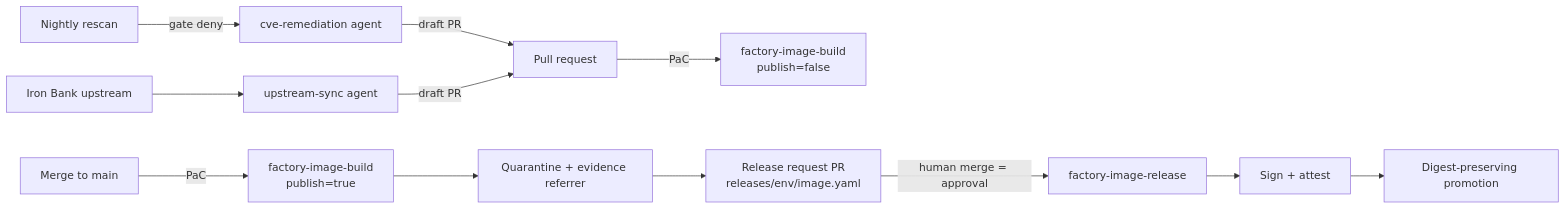
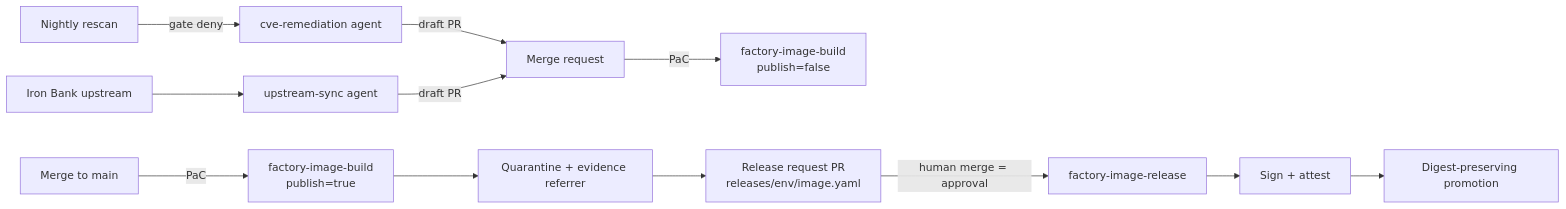
The diagram in README.md (shamuraix/image-hardening-factory-starter), drawn with Mermaid before and after one commit. The commit also changed other lines of this file and 44 other files, not shown here.

````diff
--- a/README.md
+++ b/README.md
@@ -20,11 +21,11 @@
 ```mermaid
 flowchart LR
-    PR[Pull request] -->|PaC| Build[factory-image-build<br/>publish=false]
+    PR[Merge request] -->|PaC| Build[factory-image-build<br/>publish=false]
     Main[Merge to main] -->|PaC| BuildP[factory-image-build<br/>publish=true]
     BuildP --> Q[Quarantine + evidence referrer]
     Q --> RR[Release request PR<br/>releases/env/image.yaml]
     RR -->|human merge = approval| Rel[factory-image-release]
     Rel --> Sign[Sign + attest] --> Promote[Digest-preserving promotion]
     Nightly[Nightly rescan] -->|gate deny| Rem[cve-remediation agent] -->|draft PR| PR
     Up[Iron Bank upstream] --> Sync[upstream-sync agent] -->|draft PR| PR
 ```
````
